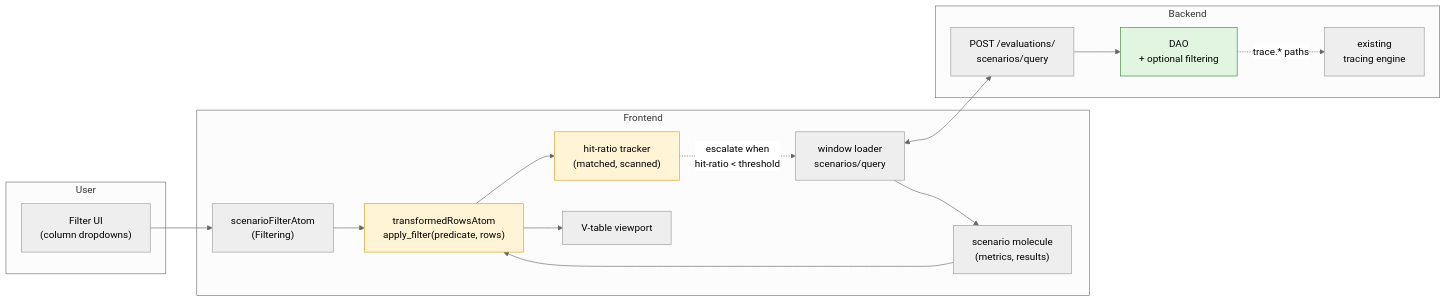
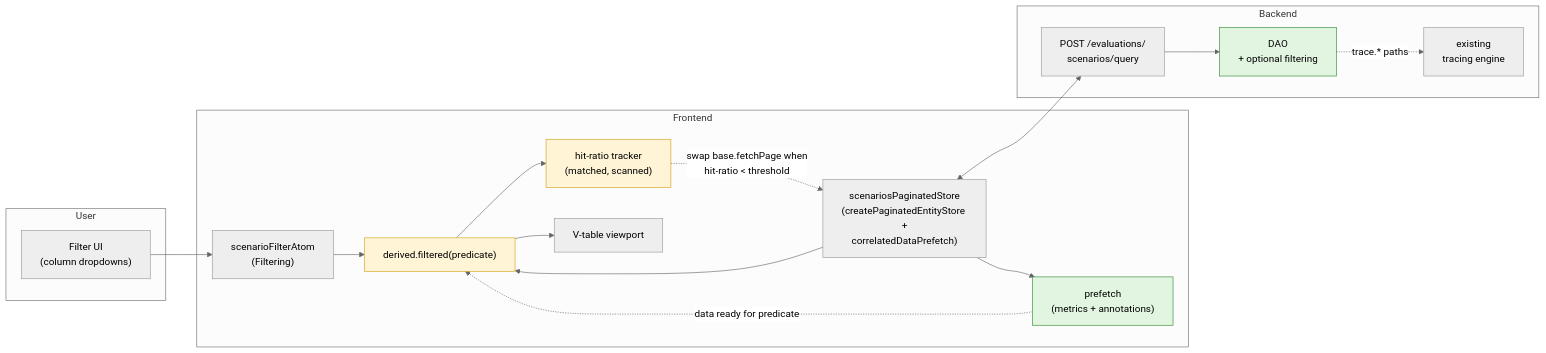
One commit to Agenta-AI/agenta changed the first of 10 diagrams in docs/designs/eval-filtering.md. Above: the diagram before and after it, drawn with Mermaid (neutral theme). The commit also changed other lines of this file and 2 other files, not shown here.

````diff
--- a/docs/designs/eval-filtering.md
+++ b/docs/designs/eval-filtering.md
@@ -18,36 +18,38 @@
 ```mermaid
 flowchart LR
     subgraph User
         UI["Filter UI<br/>(column dropdowns)"]
     end
 
     subgraph Frontend
         FAtom["scenarioFilterAtom<br/>(Filtering)"]
-        Win["window loader<br/>scenarios/query"]
-        Mol["scenario molecule<br/>(metrics, results)"]
-        Tx["transformedRowsAtom<br/>apply_filter(predicate, rows)"]
+        Base["scenariosPaginatedStore<br/>(createPaginatedEntityStore +<br/>correlatedDataPrefetch)"]
+        Pref["prefetch<br/>(metrics + annotations)"]
+        DF["derived.filtered(predicate)"]
         HR["hit-ratio tracker<br/>(matched, scanned)"]
         VT["V-table viewport"]
     end
 
     subgraph Backend
         API["POST /evaluations/<br/>scenarios/query"]
         DAO["DAO<br/>+ optional filtering"]
         TraceQ["existing<br/>tracing engine"]
     end
 
     UI --> FAtom
-    FAtom --> Tx
-    Win --> Mol
-    Mol --> Tx
-    Tx --> VT
-    Tx --> HR
-    HR -. "escalate when<br/>hit-ratio < threshold" .-> Win
-    Win <--> API
+    FAtom --> DF
+    Base --> DF
+    Base --> Pref
+    Pref -. "data ready for predicate" .-> DF
+    DF --> VT
+    DF --> HR
+    HR -. "swap base.fetchPage when<br/>hit-ratio < threshold" .-> Base
+    Base <--> API
     API --> DAO
     DAO -. "trace.* paths" .-> TraceQ
 
-    style Tx fill:#fff4d6,stroke:#d4a017
+    style DF fill:#fff4d6,stroke:#d4a017
     style HR fill:#fff4d6,stroke:#d4a017
+    style Pref fill:#e1f5e1,stroke:#2d8a2d
     style DAO fill:#e1f5e1,stroke:#2d8a2d
 ```
````
